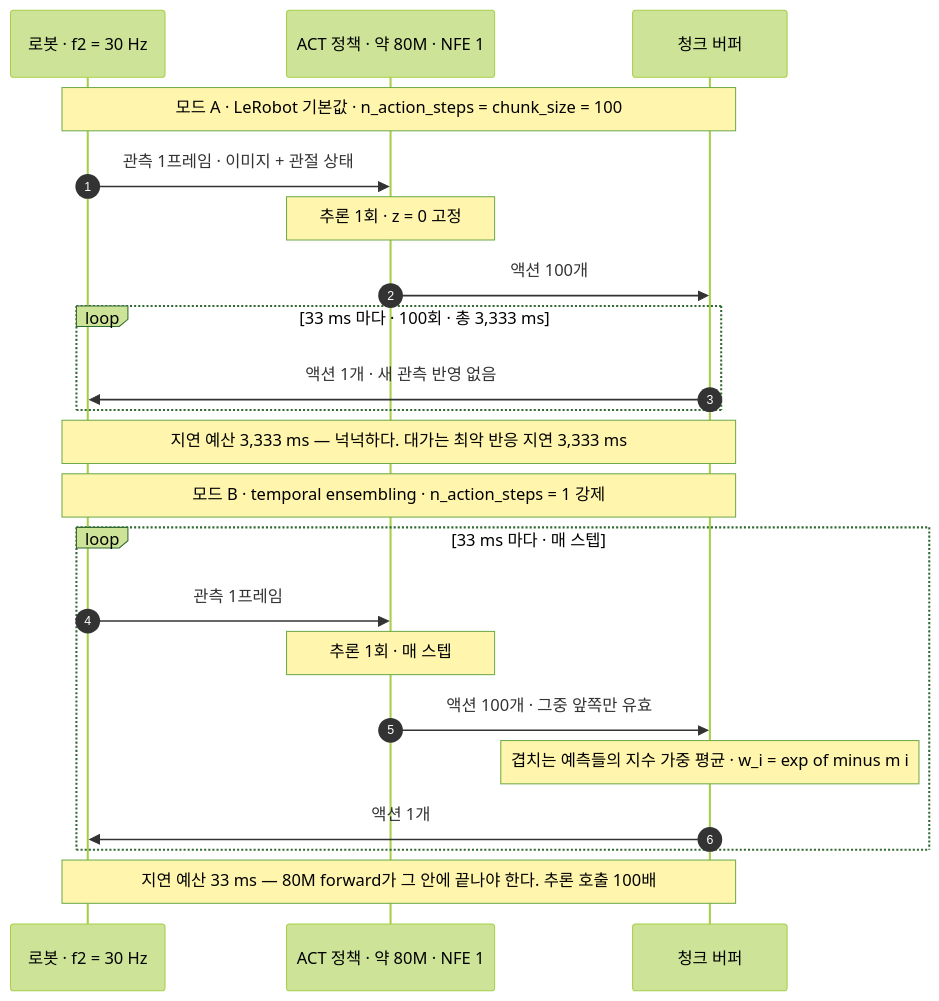
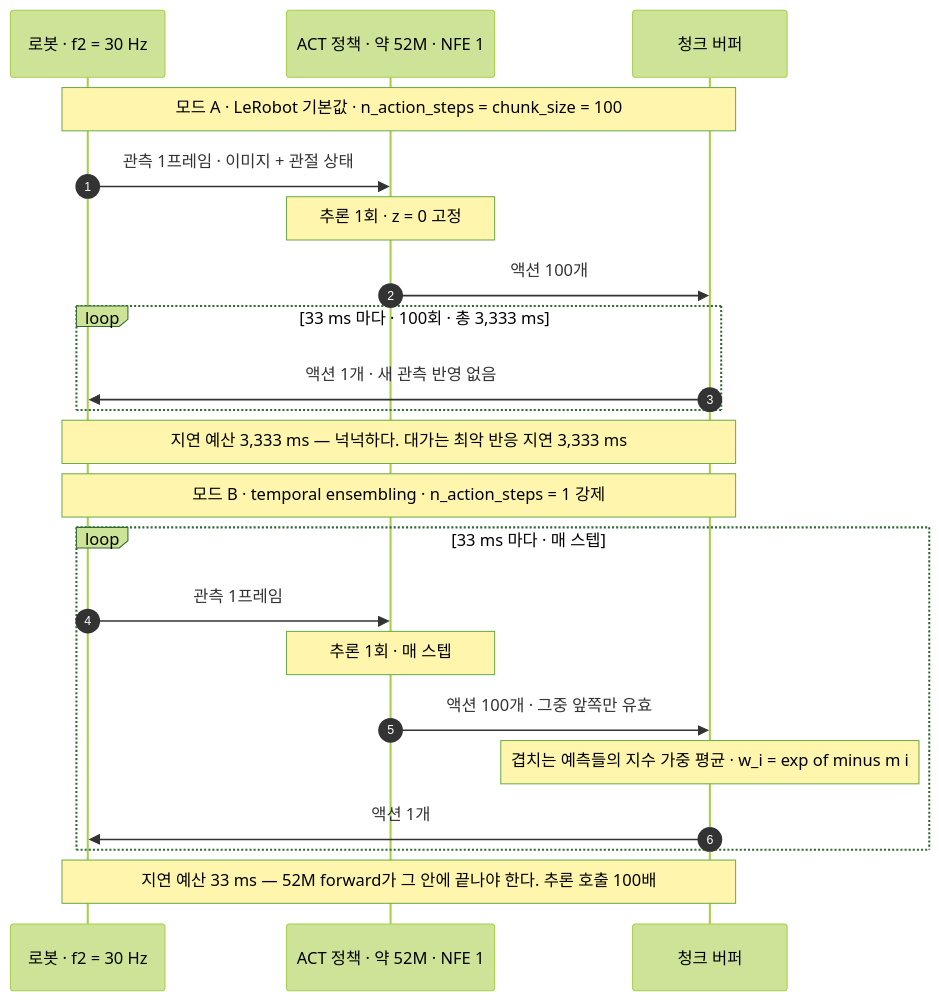
The second of 3 diagrams in course/w2-policy-vla/01-imitation-learning-act/lesson.md (sguys99/physical-ai-study), drawn with Mermaid (forest theme) before and after one commit. The commit also changed other lines of this file and 9 other files, not shown here.

````diff
--- a/course/w2-policy-vla/01-imitation-learning-act/lesson.md
+++ b/course/w2-policy-vla/01-imitation-learning-act/lesson.md
@@ -330,24 +330,24 @@
 ```mermaid
 sequenceDiagram
     autonumber
     participant R as 로봇 · f2 = 30 Hz
-    participant P as ACT 정책 · 약 80M · NFE 1
+    participant P as ACT 정책 · 약 52M · NFE 1
     participant B as 청크 버퍼
     Note over R,B: 모드 A · LeRobot 기본값 · n_action_steps = chunk_size = 100
     R->>P: 관측 1프레임 · 이미지 + 관절 상태
     Note over P: 추론 1회 · z = 0 고정
     P->>B: 액션 100개
     loop 33 ms 마다 · 100회 · 총 3,333 ms
         B->>R: 액션 1개 · 새 관측 반영 없음
     end
     Note over R,B: 지연 예산 3,333 ms — 넉넉하다. 대가는 최악 반응 지연 3,333 ms
     Note over R,B: 모드 B · temporal ensembling · n_action_steps = 1 강제
     loop 33 ms 마다 · 매 스텝
         R->>P: 관측 1프레임
         Note over P: 추론 1회 · 매 스텝
         P->>B: 액션 100개 · 그중 앞쪽만 유효
         Note over B: 겹치는 예측들의 지수 가중 평균 · w_i = exp of minus m i
         B->>R: 액션 1개
     end
-    Note over R,B: 지연 예산 33 ms — 80M forward가 그 안에 끝나야 한다. 추론 호출 100배
+    Note over R,B: 지연 예산 33 ms — 52M forward가 그 안에 끝나야 한다. 추론 호출 100배
 ```
````
